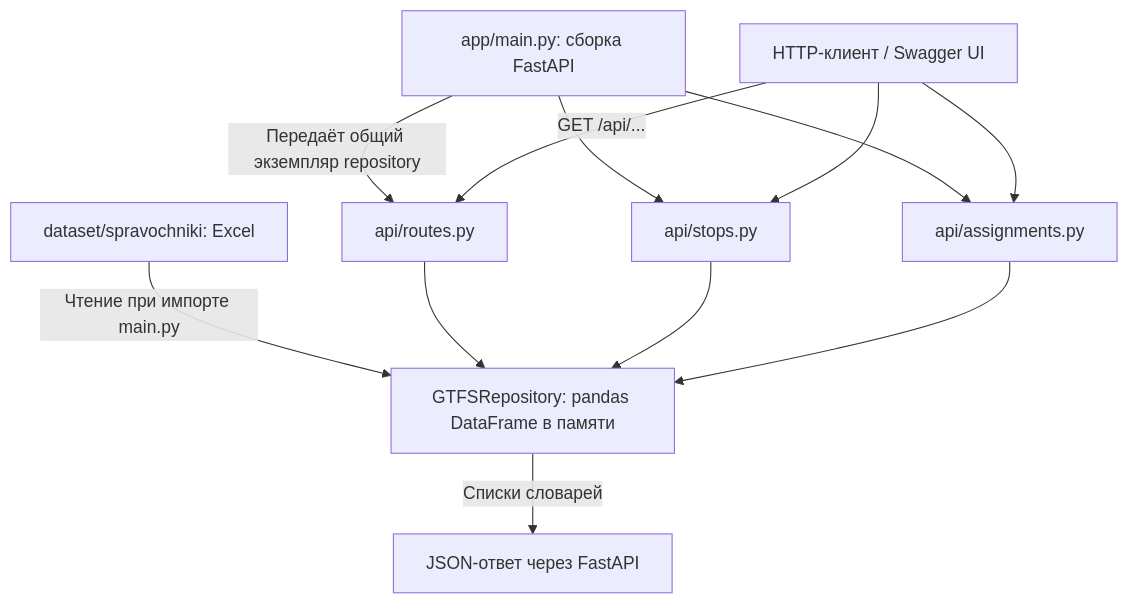
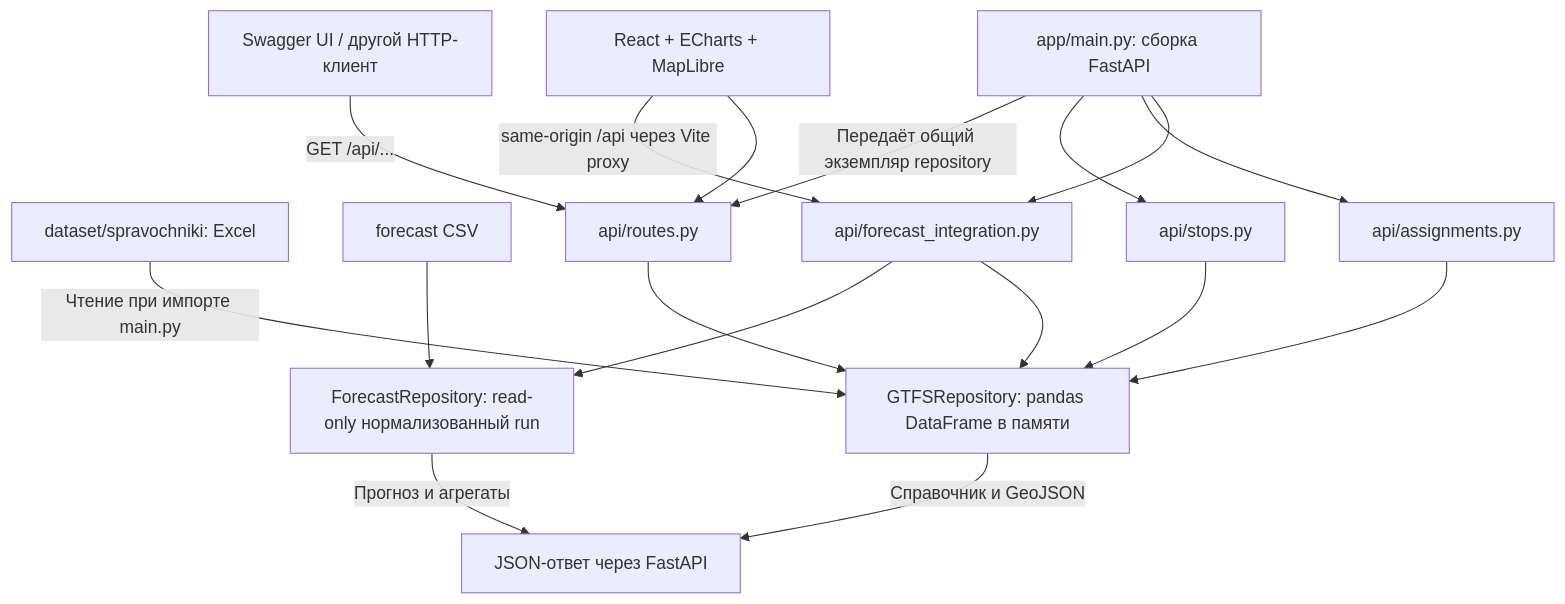
The diagram in docs/CURRENT_ARCHITECTURE.md (rapogahu/MT-Hackathon-2026), drawn with Mermaid before and after one commit. The commit also changed other lines of this file and 15 other files, not shown here.

````diff
--- a/docs/CURRENT_ARCHITECTURE.md
+++ b/docs/CURRENT_ARCHITECTURE.md
@@ -13,14 +13,19 @@
 ```mermaid
 flowchart TD
     Excel["dataset/spravochniki: Excel"] -->|"Чтение при импорте main.py"| Repo["GTFSRepository: pandas DataFrame в памяти"]
+    CSV["forecast CSV"] --> ForecastRepo["ForecastRepository: read-only нормализованный run"]
     Main["app/main.py: сборка FastAPI"] -->|"Передаёт общий экземпляр repository"| Routes["api/routes.py"]
     Main --> Stops["api/stops.py"]
     Main --> Assignments["api/assignments.py"]
-    Client["HTTP-клиент / Swagger UI"] -->|"GET /api/..."| Routes
-    Client --> Stops
-    Client --> Assignments
+    Main --> ForecastAPI["api/forecast_integration.py"]
+    ForecastAPI --> ForecastRepo
+    ForecastAPI --> Repo
+    Frontend["React + ECharts + MapLibre"] -->|"same-origin /api через Vite proxy"| ForecastAPI
+    Frontend --> Routes
+    Client["Swagger UI / другой HTTP-клиент"] -->|"GET /api/..."| Routes
     Routes --> Repo
     Stops --> Repo
     Assignments --> Repo
-    Repo -->|"Списки словарей"| JSON["JSON-ответ через FastAPI"]
+    Repo -->|"Справочник и GeoJSON"| JSON["JSON-ответ через FastAPI"]
+    ForecastRepo -->|"Прогноз и агрегаты"| JSON
 ```
````
